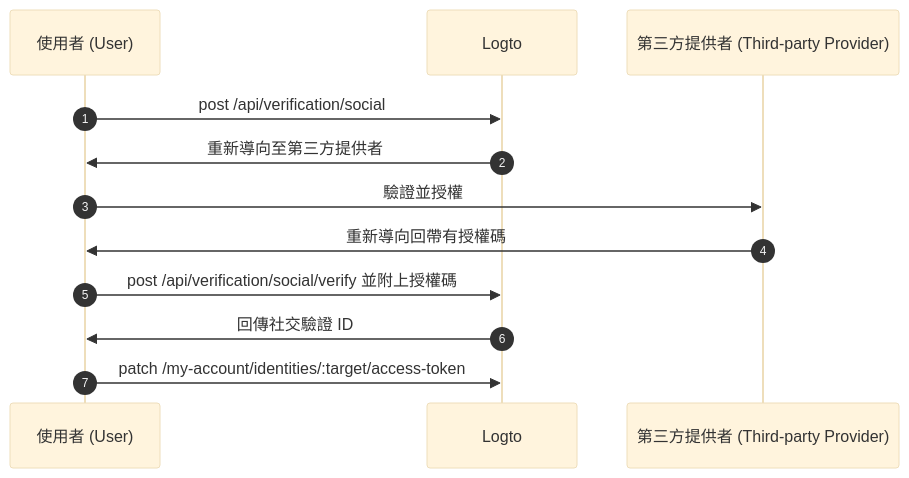
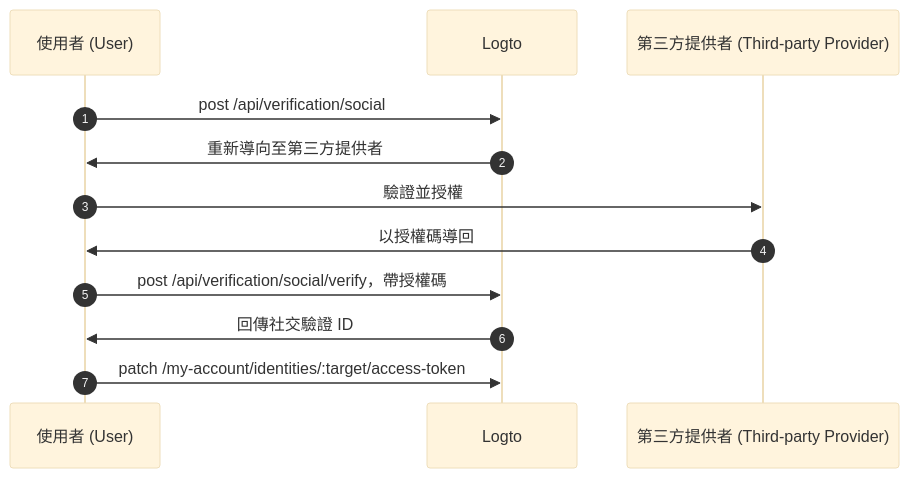
The diagram in i18n/zh-TW/docusaurus-plugin-content-docs/current/secret-vault/federated-token-set.mdx (logto-io/docs), drawn with Mermaid (base theme) before and after one commit. The commit also changed other lines of this file and 200 other files, not shown here.

````diff
--- a/i18n/zh-TW/docusaurus-plugin-content-docs/current/secret-vault/federated-token-set.mdx
+++ b/i18n/zh-TW/docusaurus-plugin-content-docs/current/secret-vault/federated-token-set.mdx
@@ -146,16 +146,16 @@
 ```mermaid
 sequenceDiagram
     autonumber
 
     participant User as 使用者 (User)
     participant Logto as Logto
     participant Provider as 第三方提供者 (Third-party Provider)
 
     User->>Logto: post /api/verification/social
     Logto->>User: 重新導向至第三方提供者
     User->>Provider: 驗證並授權
-    Provider->>User: 重新導向回帶有授權碼
-    User->>Logto: post /api/verification/social/verify 並附上授權碼
+    Provider->>User: 以授權碼導回
+    User->>Logto: post /api/verification/social/verify，帶授權碼
     Logto->>User: 回傳社交驗證 ID
     User->>Logto: patch /my-account/identities/:target/access-token
 ```
````
